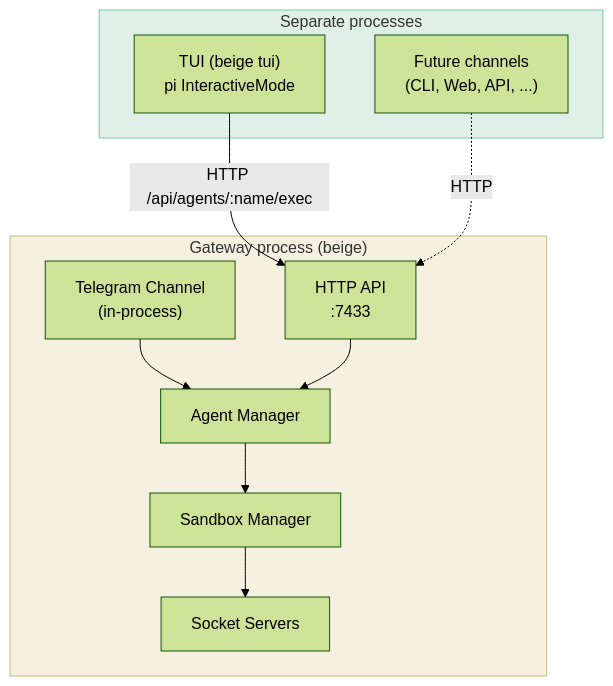
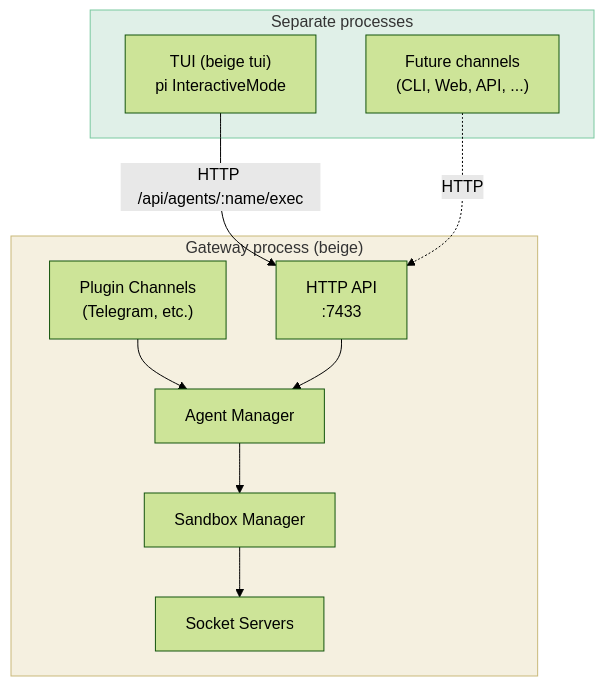
Before and after one commit to matthias-hausberger/beige: the second of 7 diagrams in docs/gateway/system-overview.mdx, drawn with Mermaid (forest theme). The commit also changed other lines of this file and 63 other files, not shown here.

First line of the commit message:
refactor!: plugin architecture

````diff
--- a/docs/gateway/system-overview.mdx
+++ b/docs/gateway/system-overview.mdx
@@ -72,25 +72,25 @@
 ```mermaid
 graph TB
     subgraph Gateway["Gateway process (beige)"]
         API["HTTP API<br/>:7433"]
         AM[Agent Manager]
         SM[Sandbox Manager]
         SS[Socket Servers]
-        TG["Telegram Channel<br/>(in-process)"]
+        PL["Plugin Channels<br/>(Telegram, etc.)"]
     end
 
     subgraph Separate["Separate processes"]
         TUI["TUI (beige tui)<br/>pi InteractiveMode"]
         FUTURE["Future channels<br/>(CLI, Web, API, ...)"]
     end
 
-    TG --> AM
+    PL --> AM
     TUI -->|"HTTP /api/agents/:name/exec"| API
     FUTURE -.->|HTTP| API
     API --> AM
     AM --> SM
     SM --> SS
 
     style Gateway fill:#f5f0e0,stroke:#c9b97a
     style Separate fill:#e0f0e8,stroke:#7ac9a0
 ```
````
